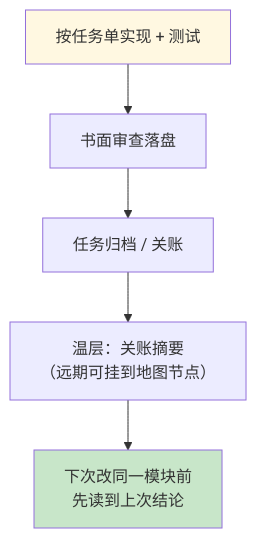
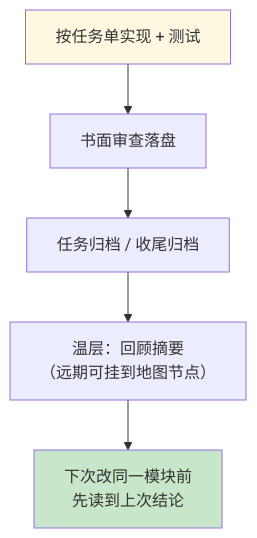
Before and after one commit to Cyning12/ai-coding-closed-loop-articles: the fourth of 7 diagrams in assets/PUBLISH_卷三_公众平台粘贴版_v1.4.0_zh.md, drawn with Mermaid. The commit also changed other lines of this file and 16 other files, not shown here.

````diff
--- a/assets/PUBLISH_卷三_公众平台粘贴版_v1.4.0_zh.md
+++ b/assets/PUBLISH_卷三_公众平台粘贴版_v1.4.0_zh.md
@@ -375,10 +381,10 @@
 ```mermaid
 flowchart TD
     START["按任务单实现 + 测试"] --> REVIEW["书面审查落盘"]
-    REVIEW --> CLOSE["任务归档 / 关账"]
-    CLOSE --> WARM["温层：关账摘要<br/>（远期可挂到地图节点）"]
+    REVIEW --> CLOSE["任务归档 / 收尾归档"]
+    CLOSE --> WARM["温层：回顾摘要<br/>（远期可挂到地图节点）"]
     WARM --> NEXT["下次改同一模块前<br/>先读到上次结论"]
 
     style START fill:#fff8e1
     style NEXT fill:#c8e6c9
 ```
````
